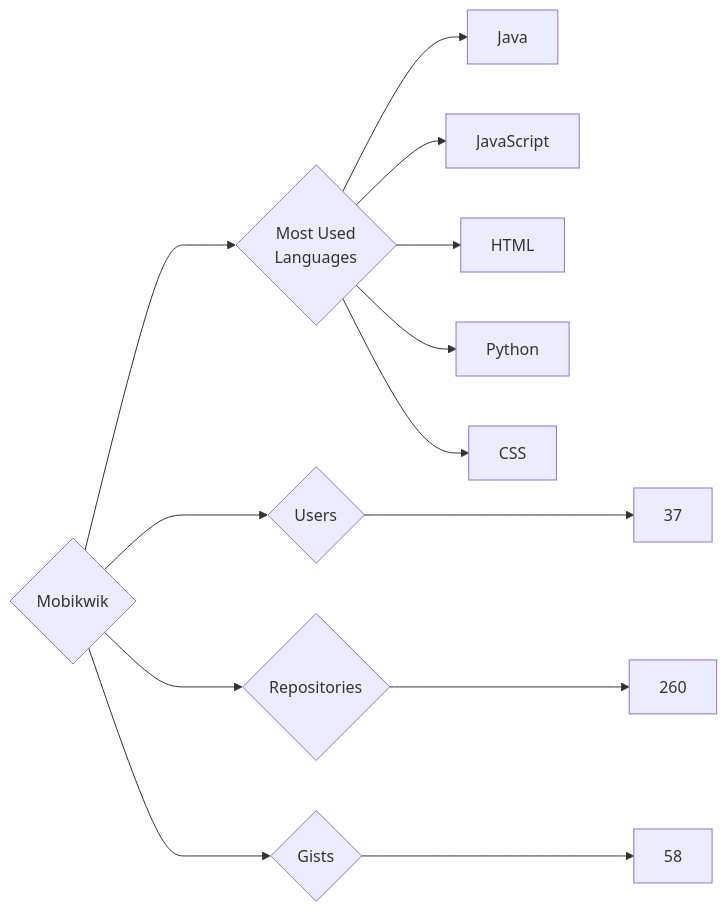
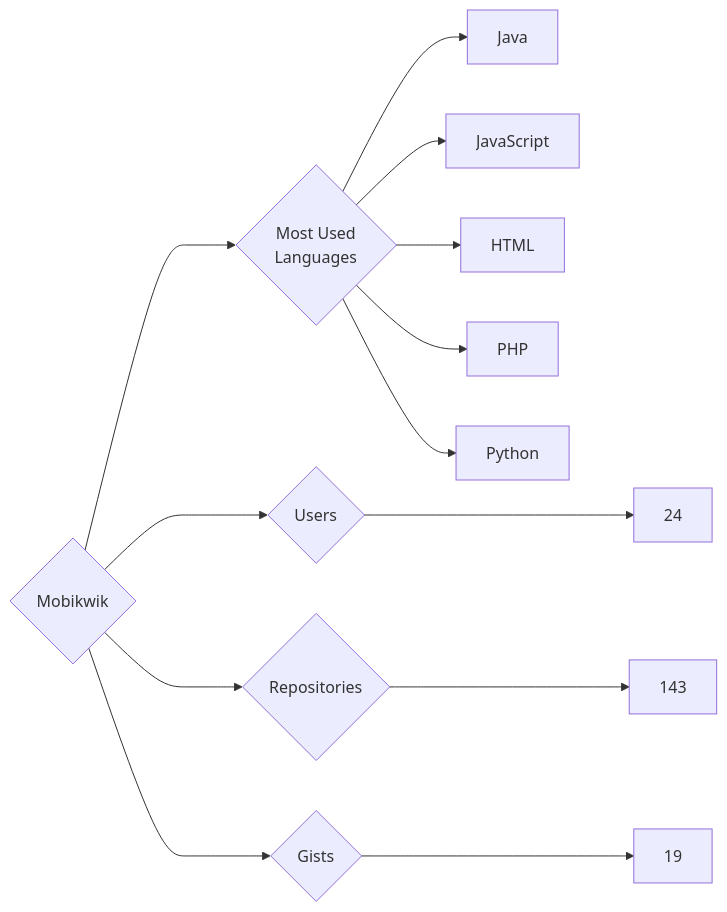
One commit to trickest/insiders changed the diagram in targets/Mobikwik/README.md. Above: the diagram before and after it, drawn with Mermaid. The commit also changed 898 other files, not shown here.

````diff
--- a/targets/Mobikwik/README.md
+++ b/targets/Mobikwik/README.md
@@ -3,13 +3,13 @@
 ```mermaid
 graph LR
 COMPANY_NAME{Mobikwik}
-COMPANY_NAME ---> U{Users} ---> UN[37]
-COMPANY_NAME ---> R{Repositories} ---> RN[260]
-COMPANY_NAME ---> G{Gists} ---> GN[58]
+COMPANY_NAME ---> U{Users} ---> UN[24]
+COMPANY_NAME ---> R{Repositories} ---> RN[143]
+COMPANY_NAME ---> G{Gists} ---> GN[19]
 COMPANY_NAME ---> ML{Most Used<br>Languages}
 ML --> Java[Java]
 ML --> JavaScript[JavaScript]
 ML --> HTML[HTML]
+ML --> PHP[PHP]
 ML --> Python[Python]
-ML --> CSS[CSS]
 ```
````
